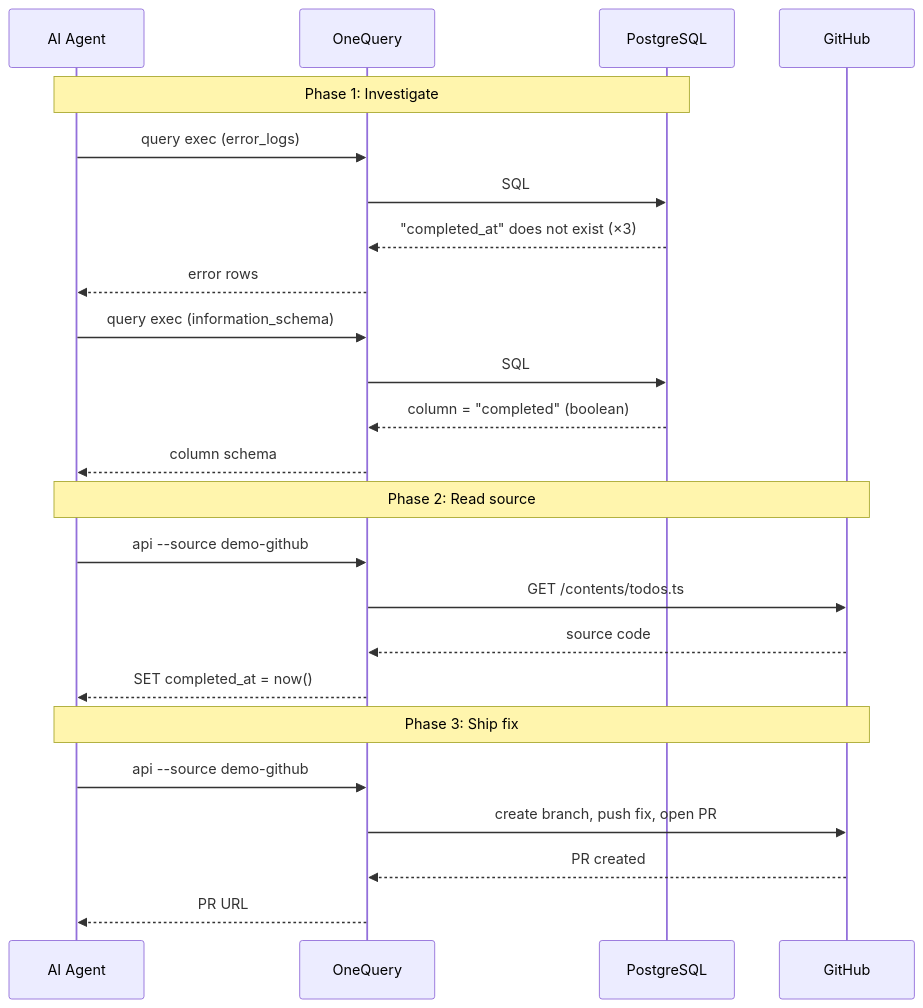
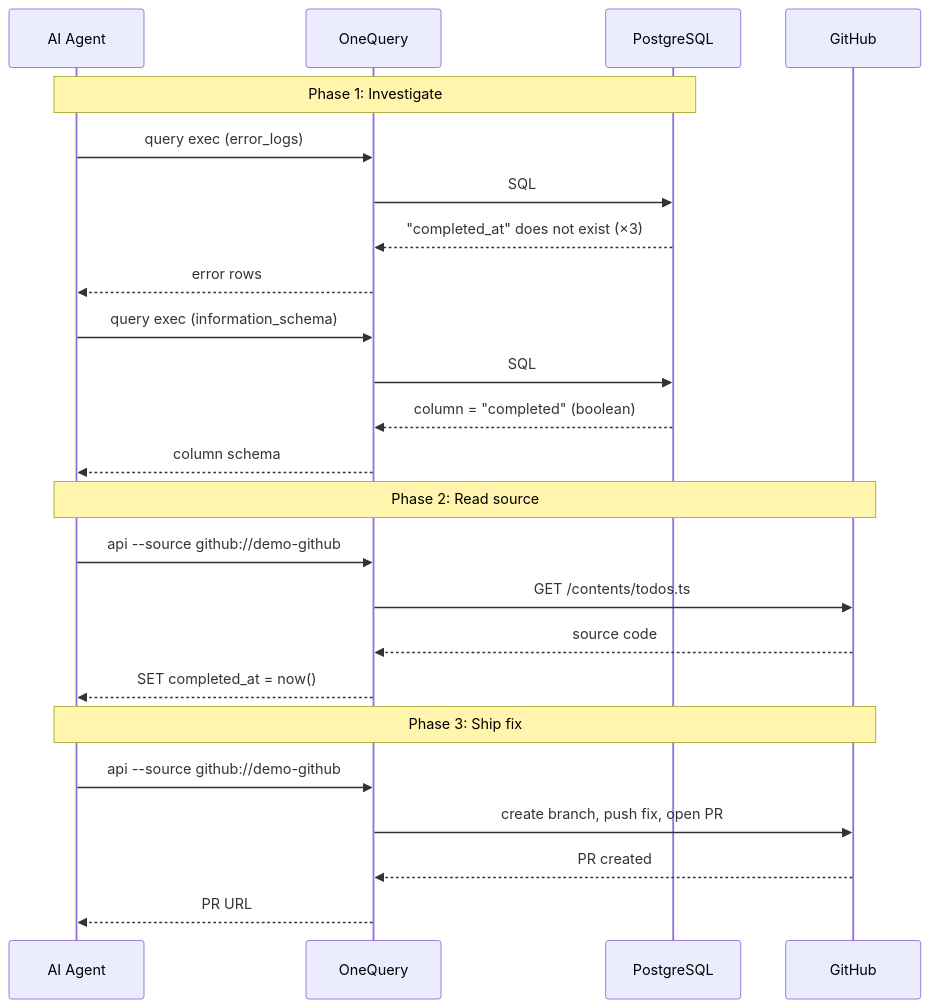
Before and after one commit to wordbricks/onequery: the second of 2 diagrams in examples/auto-debug-demo/README.md, drawn with Mermaid. The commit also changed other lines of this file and 19 other files, not shown here.

````diff
--- a/examples/auto-debug-demo/README.md
+++ b/examples/auto-debug-demo/README.md
@@ -33,29 +34,29 @@
 ```mermaid
 sequenceDiagram
     participant A as AI Agent
     participant Q as OneQuery
     participant D as PostgreSQL
     participant G as GitHub
 
     Note over A,D: Phase 1: Investigate
     A->>Q: query exec (error_logs)
     Q->>D: SQL
     D-->>Q: "completed_at" does not exist (×3)
     Q-->>A: error rows
     A->>Q: query exec (information_schema)
     Q->>D: SQL
     D-->>Q: column = "completed" (boolean)
     Q-->>A: column schema
 
     Note over A,G: Phase 2: Read source
-    A->>Q: api --source demo-github
+    A->>Q: api --source github://demo-github
     Q->>G: GET /contents/todos.ts
     G-->>Q: source code
     Q-->>A: SET completed_at = now()
 
     Note over A,G: Phase 3: Ship fix
-    A->>Q: api --source demo-github
+    A->>Q: api --source github://demo-github
     Q->>G: create branch, push fix, open PR
     G-->>Q: PR created
     Q-->>A: PR URL
 ```
````
